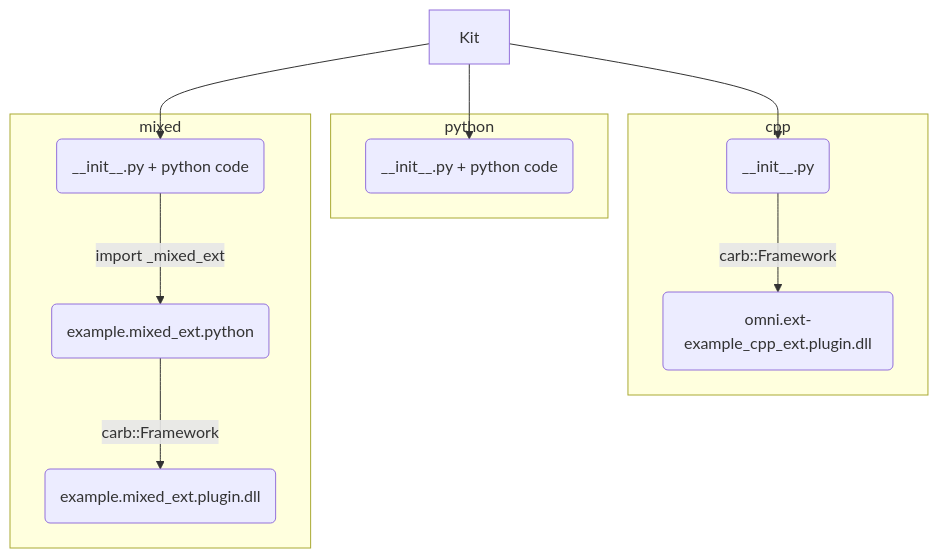
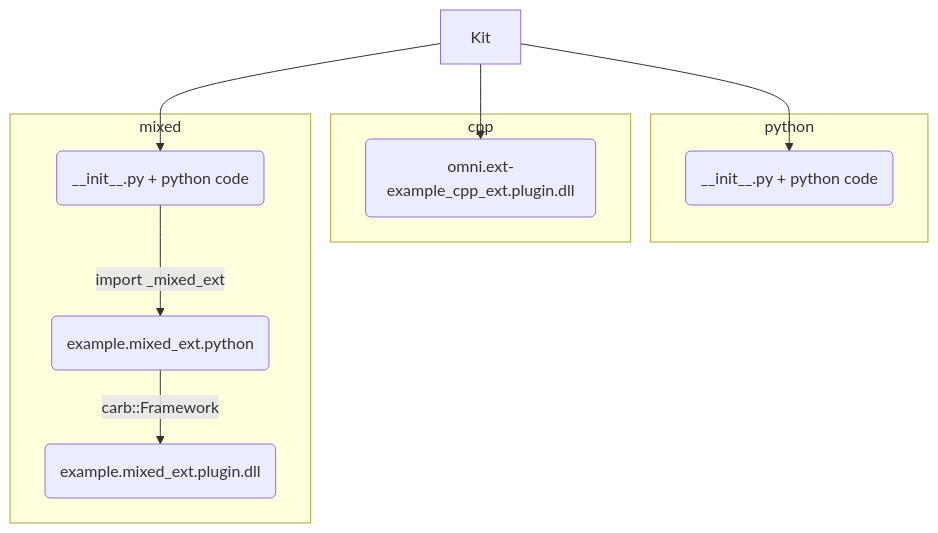
The diagram in README.md (NVIDIAGameWorks/toolkit-remix), drawn with Mermaid before and after one commit. The commit also changed other lines of this file and 11 other files, not shown here.

````diff
--- a/README.md
+++ b/README.md
@@ -79,25 +16,23 @@
 ```mermaid
 graph TD
 
   subgraph "python"
   A3(__init__.py + python code)
   end
 
   subgraph cpp
-  A1(__init__.py)
-  A1 -- carb::Framework --> B1(omni.ext-example_cpp_ext.plugin.dll)
+  A1(omni.ext-example_cpp_ext.plugin.dll)
   end
 
   subgraph "mixed"
   A2(__init__.py + python code)
   A2 --import _mixed_ext--> B2(example.mixed_ext.python)
   B2 -- carb::Framework --> C2(example.mixed_ext.plugin.dll)
   end
 
 
   
   Kit[Kit] --> A1
   Kit[Kit] --> A2
   Kit[Kit] --> A3
-
 ```
````
